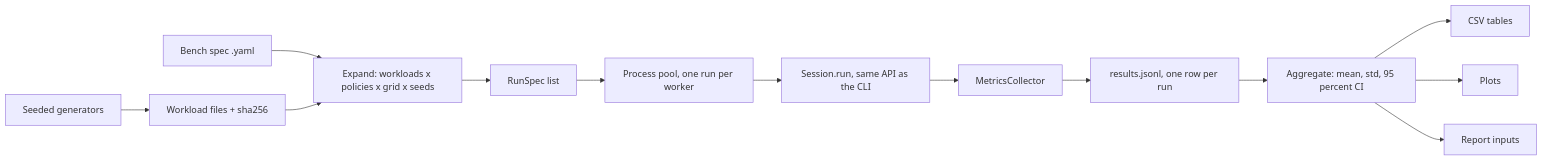
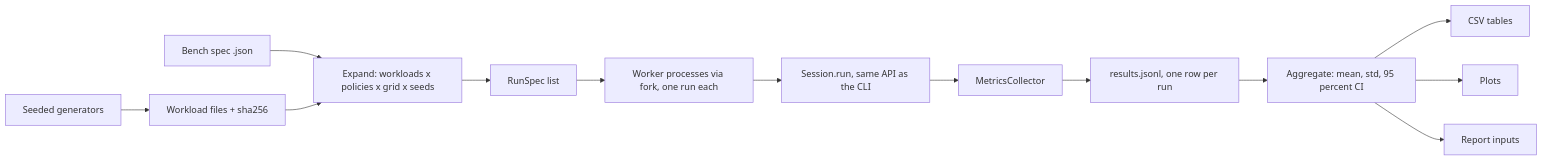
One commit to CyberKnight-cmd/memforge changed the ninth of 9 diagrams in docs/ARCHITECTURE.md. Above: the diagram before and after it, drawn with Mermaid. The commit also changed other lines of this file, not shown here.

First line of the commit message:
docs(architecture): update the design for C (v0.2)

````diff
--- a/docs/ARCHITECTURE.md
+++ b/docs/ARCHITECTURE.md
@@ -932,15 +964,15 @@
 ```mermaid
 flowchart LR
-  SPEC["Bench spec .yaml"] --> EXP["Expand: workloads x policies x grid x seeds"]
+  SPEC["Bench spec .json"] --> EXP["Expand: workloads x policies x grid x seeds"]
   GEN["Seeded generators"] --> WL["Workload files + sha256"]
   WL --> EXP
   EXP --> RUNS["RunSpec list"]
-  RUNS --> POOL["Process pool, one run per worker"]
+  RUNS --> POOL["Worker processes via fork, one run each"]
   POOL --> SES["Session.run, same API as the CLI"]
   SES --> MC["MetricsCollector"]
   MC --> ROWS["results.jsonl, one row per run"]
   ROWS --> AGG["Aggregate: mean, std, 95 percent CI"]
   AGG --> CSV["CSV tables"]
   AGG --> PLOT["Plots"]
   AGG --> RPT["Report inputs"]
 ```
````
